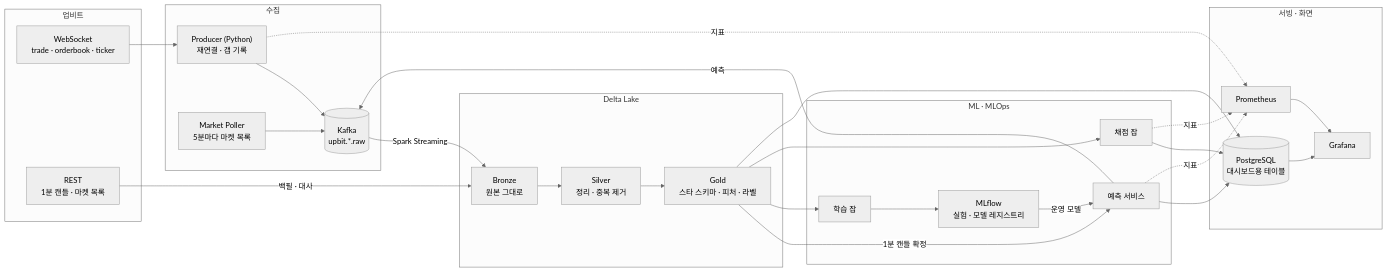
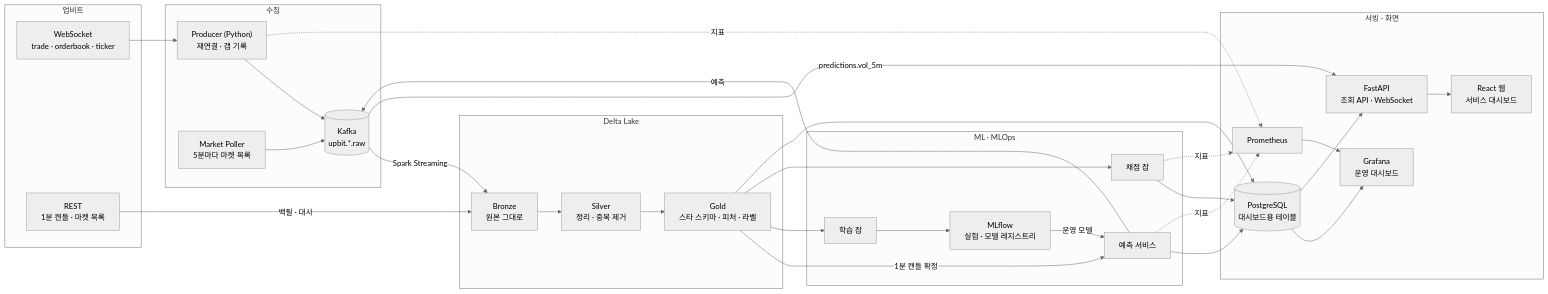
The first of 3 diagrams in docs/03_시스템아키텍처.md (wonju0516/upbit-data-platform), drawn with Mermaid (neutral theme) before and after one commit. The commit also changed other lines of this file and 10 other files, not shown here.

````diff
--- a/docs/03_시스템아키텍처.md
+++ b/docs/03_시스템아키텍처.md
@@ -13,41 +15,46 @@
 ```mermaid
 flowchart LR
   subgraph SRC["업비트"]
     WS["WebSocket<br/>trade · orderbook · ticker"]
     REST["REST<br/>1분 캔들 · 마켓 목록"]
   end
   subgraph ING["수집"]
     P["Producer (Python)<br/>재연결 · 갭 기록"]
     MP["Market Poller<br/>5분마다 마켓 목록"]
     K[("Kafka<br/>upbit.*.raw")]
   end
   subgraph LAKE["Delta Lake"]
     B["Bronze<br/>원본 그대로"]
     S["Silver<br/>정리 · 중복 제거"]
     G["Gold<br/>스타 스키마 · 피처 · 라벨"]
   end
   subgraph ML["ML · MLOps"]
     TR["학습 잡"]
     REG["MLflow<br/>실험 · 모델 레지스트리"]
     PS["예측 서비스"]
     SC["채점 잡"]
   end
   subgraph SERVE["서빙 · 화면"]
     PG[("PostgreSQL<br/>대시보드용 테이블")]
     PR["Prometheus"]
-    GF["Grafana"]
+    GF["Grafana<br/>운영 대시보드"]
+    API["FastAPI<br/>조회 API · WebSocket"]
+    WEB["React 웹<br/>서비스 대시보드"]
   end
   WS --> P --> K
   MP --> K
   K -- "Spark Streaming" --> B --> S --> G
   REST -- "백필 · 대사" --> B
   G -- "1분 캔들 확정" --> PS
   REG -- "운영 모델" --> PS
   PS -- "예측" --> K
   PS --> PG
   G --> TR --> REG
   G --> SC --> PG
   G --> PG
   P & PS & SC -. "지표" .-> PR
   PG & PR --> GF
+  PG --> API
+  K -- "predictions.vol_5m" --> API
+  API --> WEB
 ```
````
